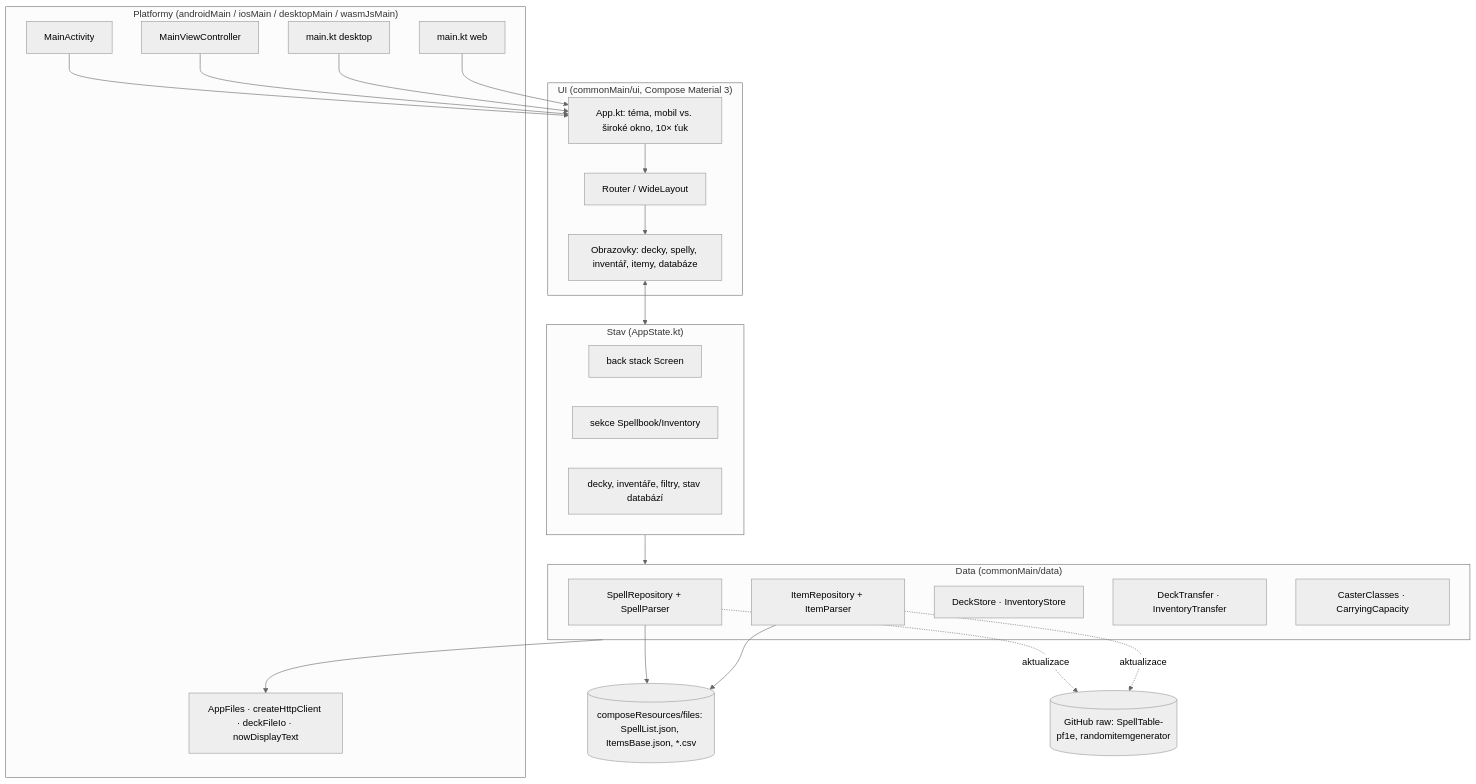
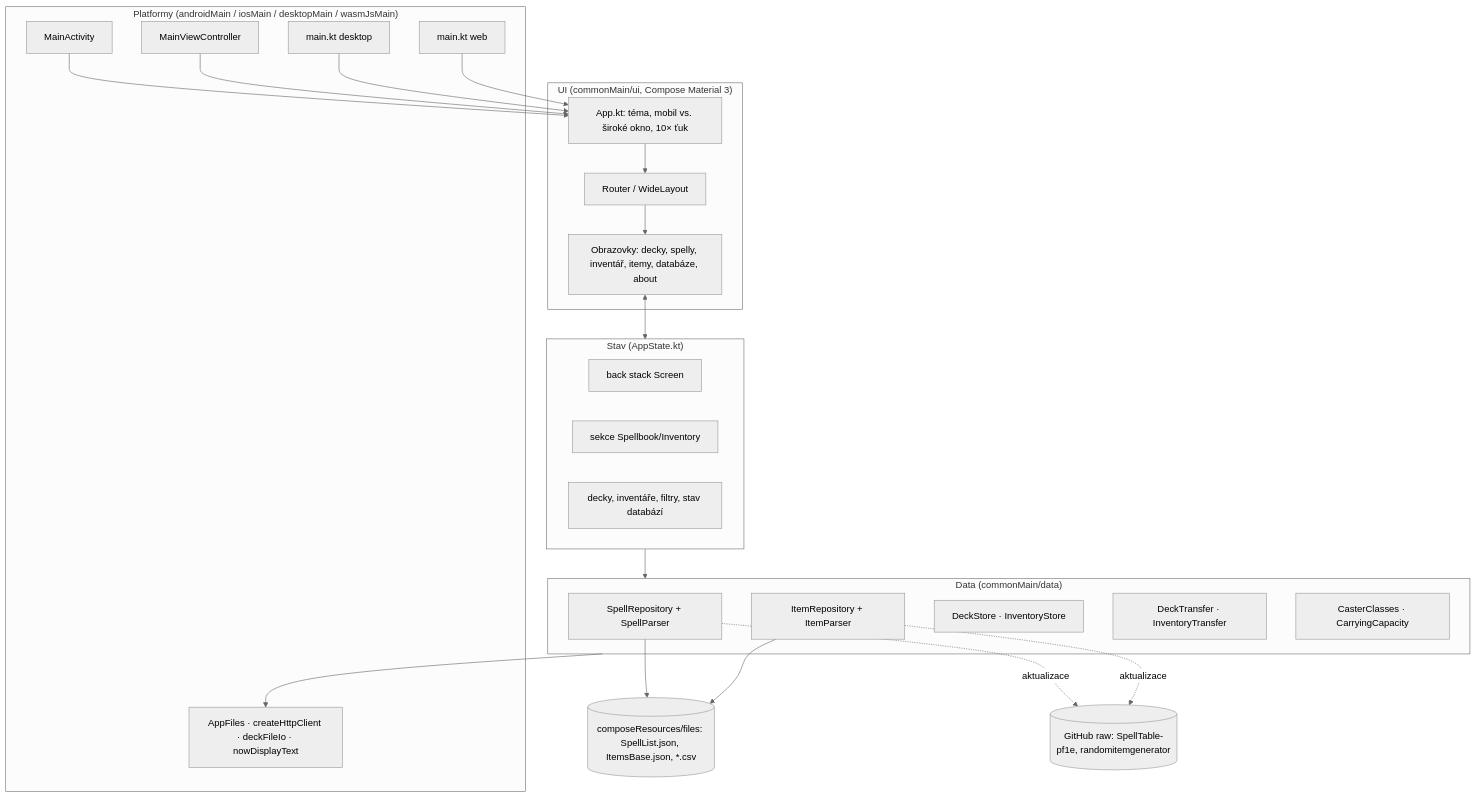
One commit to DejvHeHe/pathfinder-mobile-app changed the diagram in docs/architecture.md. Above: the diagram before and after it, drawn with Mermaid (neutral theme). The commit also changed other lines of this file and 75 other files, not shown here.

````diff
--- a/docs/architecture.md
+++ b/docs/architecture.md
@@ -9,25 +9,25 @@
 ```mermaid
 flowchart TB
   subgraph Platform["Platformy (androidMain / iosMain / desktopMain / wasmJsMain)"]
     MA[MainActivity] & MVC[MainViewController] & MAIN[main.kt desktop] & WEB[main.kt web]
     PF["AppFiles · createHttpClient · deckFileIo · nowDisplayText"]
   end
   subgraph UI["UI (commonMain/ui, Compose Material 3)"]
     APP[App.kt: téma, mobil vs. široké okno, 10× ťuk] --> ROUTER[Router / WideLayout]
-    ROUTER --> SCREENS[Obrazovky: decky, spelly, inventář, itemy, databáze]
+    ROUTER --> SCREENS[Obrazovky: decky, spelly, inventář, itemy, databáze, about]
   end
   subgraph STATE["Stav (AppState.kt)"]
     NAV[back stack Screen] & SEC[sekce Spellbook/Inventory] & ST[decky, inventáře, filtry, stav databází]
   end
   subgraph DATA["Data (commonMain/data)"]
     SR[SpellRepository + SpellParser] & IR[ItemRepository + ItemParser] & STORE[DeckStore · InventoryStore] & TR[DeckTransfer · InventoryTransfer] & RULES[CasterClasses · CarryingCapacity]
   end
   RES[(composeResources/files: SpellList.json, ItemsBase.json, *.csv)]
   NET[(GitHub raw: SpellTable-pf1e, randomitemgenerator)]
   MA & MVC & MAIN & WEB --> APP
   SCREENS <--> STATE
   STATE --> DATA
   SR & IR --> RES
   SR & IR -. aktualizace .-> NET
   DATA --> PF
 ```
````
